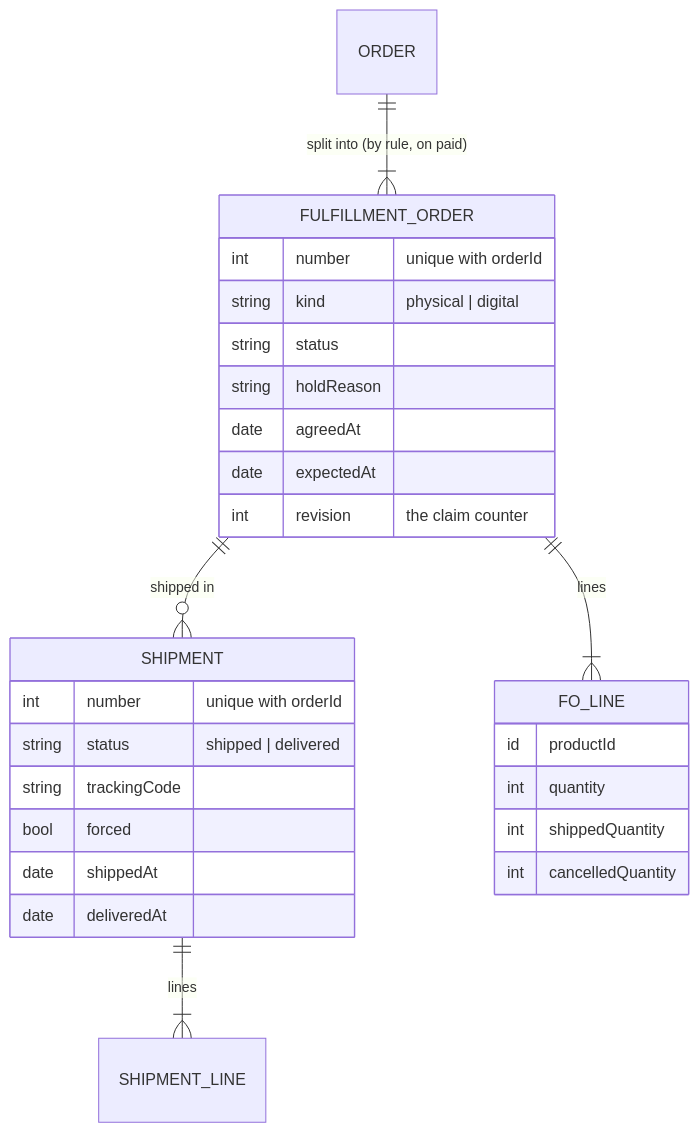
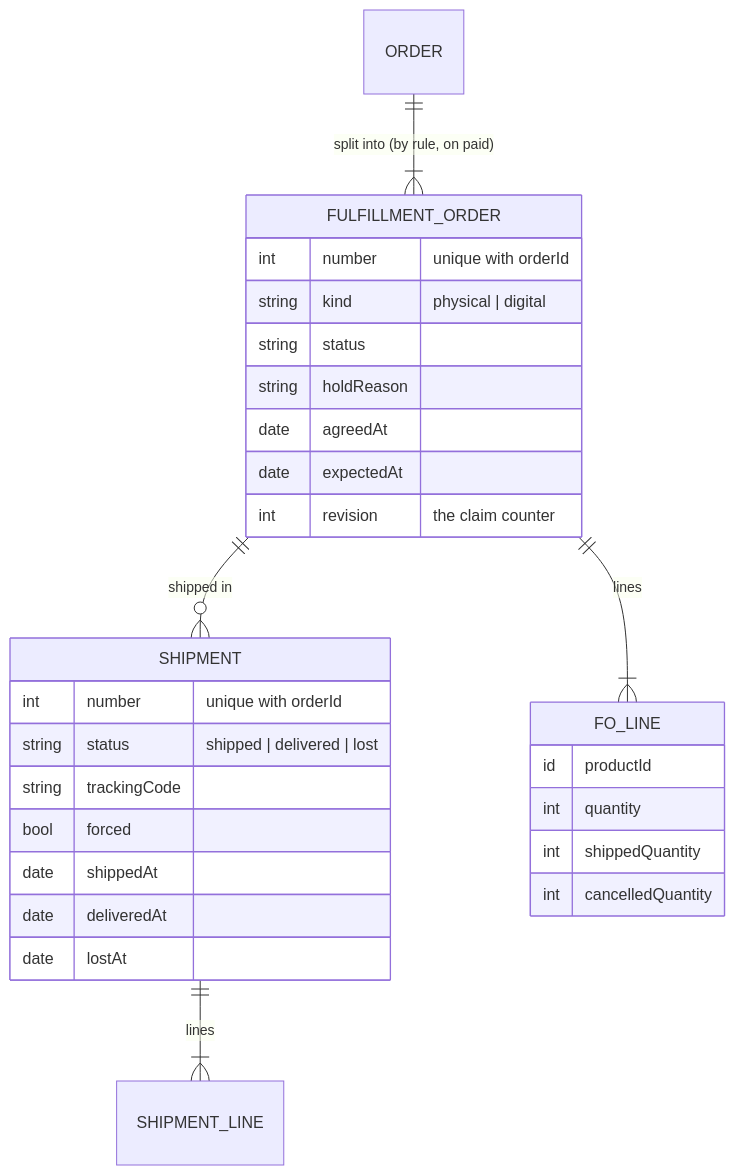
Before and after one commit to Guebbit/boilerplate-node-backend: the second of 8 diagrams in docs/modules/delivery.md, drawn with Mermaid. The commit also changed other lines of this file and 78 other files, not shown here.

````diff
--- a/docs/modules/delivery.md
+++ b/docs/modules/delivery.md
@@ -103,30 +104,31 @@
 ```mermaid
 erDiagram
     ORDER ||--|{ FULFILLMENT_ORDER : "split into (by rule, on paid)"
     FULFILLMENT_ORDER ||--o{ SHIPMENT : "shipped in"
     FULFILLMENT_ORDER ||--|{ FO_LINE : lines
     SHIPMENT ||--|{ SHIPMENT_LINE : lines
     FULFILLMENT_ORDER {
         int number "unique with orderId"
         string kind "physical | digital"
         string status
         string holdReason
         date agreedAt
         date expectedAt
         int revision "the claim counter"
     }
     FO_LINE {
         id productId
         int quantity
         int shippedQuantity
         int cancelledQuantity
     }
     SHIPMENT {
         int number "unique with orderId"
-        string status "shipped | delivered"
+        string status "shipped | delivered | lost"
         string trackingCode
         bool forced
         date shippedAt
         date deliveredAt
+        date lostAt
     }
 ```
````
